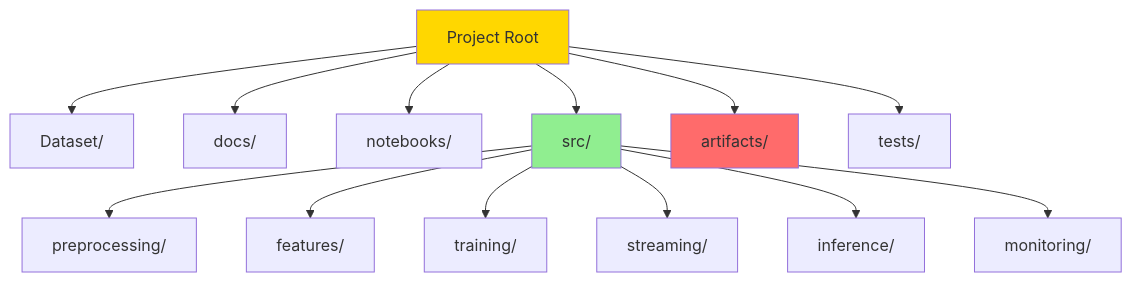
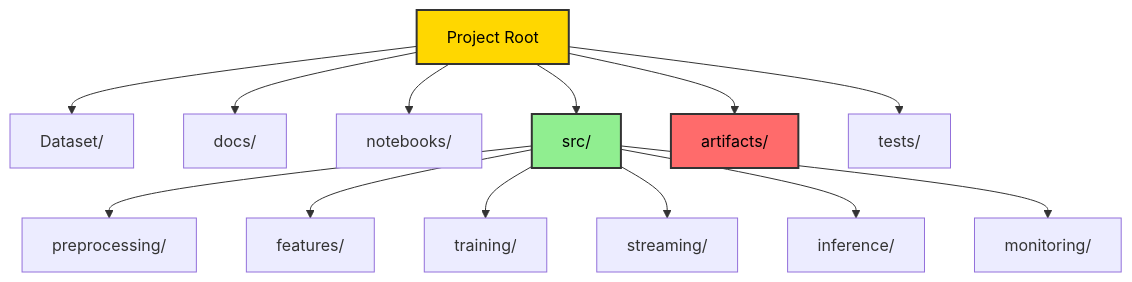
Before and after one commit to nasim-raj-laskar/Real-Time-Aircraft-Engine-Predictive-Maintenance-System: the first of 2 diagrams in docs/08_project_structure.md, drawn with Mermaid. The commit also changed other lines of this file and 8 other files, not shown here.

````diff
--- a/docs/08_project_structure.md
+++ b/docs/08_project_structure.md
@@ -5,20 +5,20 @@
 ```mermaid
 graph TD
     A[Project Root] --> B[Dataset/]
     A --> C[docs/]
     A --> D[notebooks/]
     A --> E[src/]
     A --> F[artifacts/]
     A --> G[tests/]
     
     E --> E1[preprocessing/]
     E --> E2[features/]
     E --> E3[training/]
     E --> E4[streaming/]
     E --> E5[inference/]
     E --> E6[monitoring/]
     
-    style A fill:#FFD700
-    style E fill:#90EE90
-    style F fill:#FF6B6B
+    style A fill:#FFD700,stroke:#333,stroke-width:2px,color:#000
+    style E fill:#90EE90,stroke:#333,stroke-width:2px,color:#000
+    style F fill:#FF6B6B,stroke:#333,stroke-width:2px,color:#000
 ```
````
